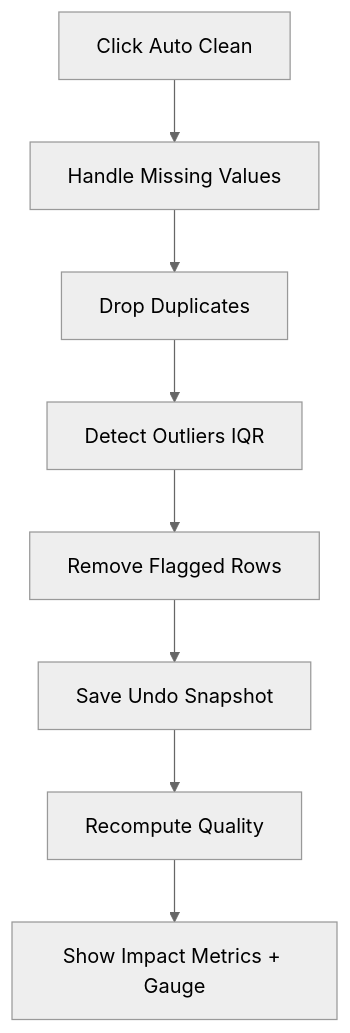
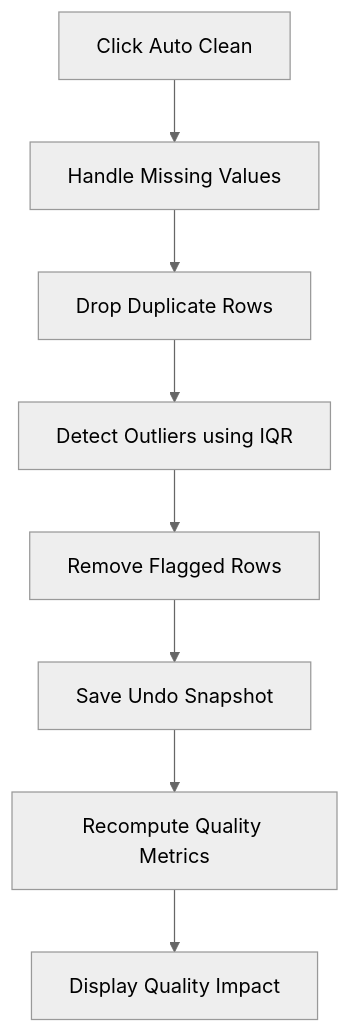
The third of 7 diagrams in README.md (Kravi21062/DataRefine-AI-Data-Cleaner), drawn with Mermaid (neutral theme) before and after one commit. The commit also changed other lines of this file, not shown here.

````diff
--- a/README.md
+++ b/README.md
@@ -56,10 +82,18 @@
 ```mermaid
 flowchart TD
-    S[Click Auto Clean] --> M[Handle Missing Values]
-    M --> D[Drop Duplicates]
-    D --> O[Detect Outliers IQR]
-    O --> R[Remove Flagged Rows]
-    R --> U[Save Undo Snapshot]
-    U --> Q[Recompute Quality]
-    Q --> V[Show Impact Metrics + Gauge]
+
+    S["Click Auto Clean"]
+        --> M["Handle Missing Values"]
+
+    M --> D["Drop Duplicate Rows"]
+
+    D --> O["Detect Outliers using IQR"]
+
+    O --> R["Remove Flagged Rows"]
+
+    R --> U["Save Undo Snapshot"]
+
+    U --> Q["Recompute Quality Metrics"]
+
+    Q --> V["Display Quality Impact"]
 ```
````
